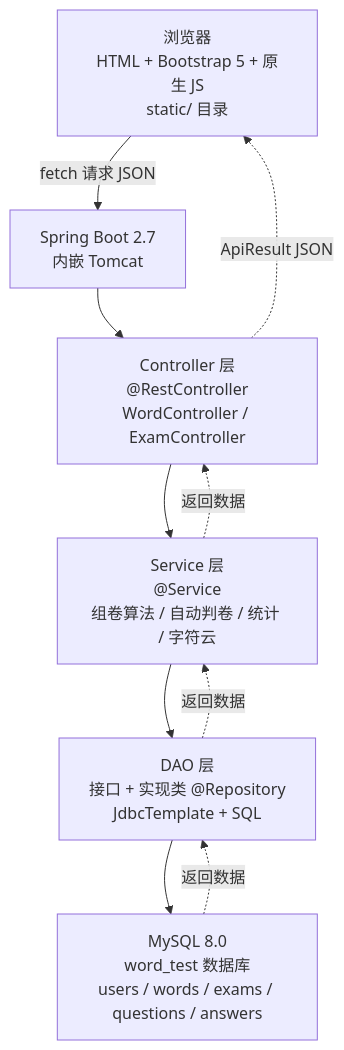
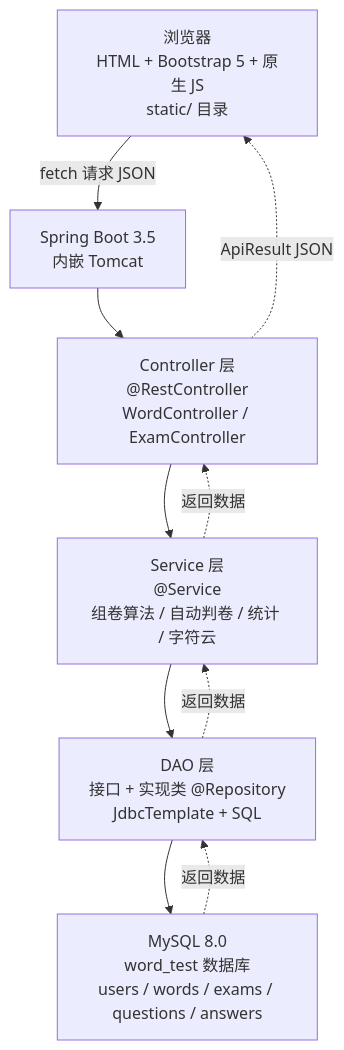
The diagram in 项目方案/项目相关/系统架构与技术选型.md (C1ouDreamW/word-test-system), drawn with Mermaid before and after one commit. The commit also changed other lines of this file and 13 other files, not shown here.

````diff
--- a/项目方案/项目相关/系统架构与技术选型.md
+++ b/项目方案/项目相关/系统架构与技术选型.md
@@ -7,19 +7,19 @@
 ```mermaid
 flowchart TD
     A["浏览器\nHTML + Bootstrap 5 + 原生 JS\nstatic/ 目录"] 
-    B["Spring Boot 2.7\n内嵌 Tomcat"]
+    B["Spring Boot 3.5\n内嵌 Tomcat"]
     C["Controller 层\n@RestController\nWordController / ExamController"]
     D["Service 层\n@Service\n组卷算法 / 自动判卷 / 统计 / 字符云"]
     E["DAO 层\n接口 + 实现类 @Repository\nJdbcTemplate + SQL"]
     F["MySQL 8.0\nword_test 数据库\nusers / words / exams / questions / answers"]
 
     A -->|"fetch 请求 JSON"| B
     B --> C
     C --> D
     D --> E
     E --> F
     F -.->|"返回数据"| E
     E -.->|"返回数据"| D
     D -.->|"返回数据"| C
     C -.->|"ApiResult JSON"| A
 ```
````
